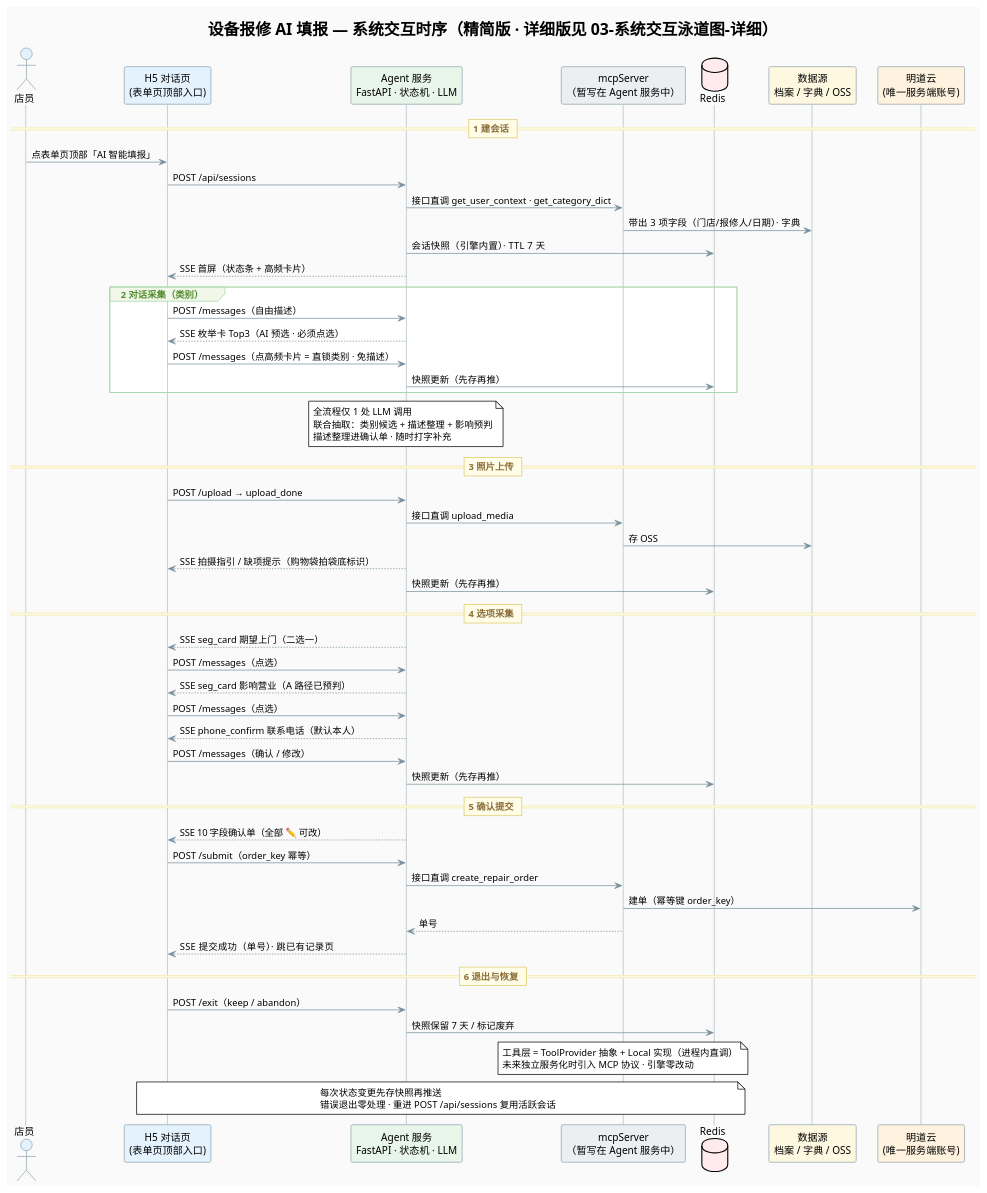
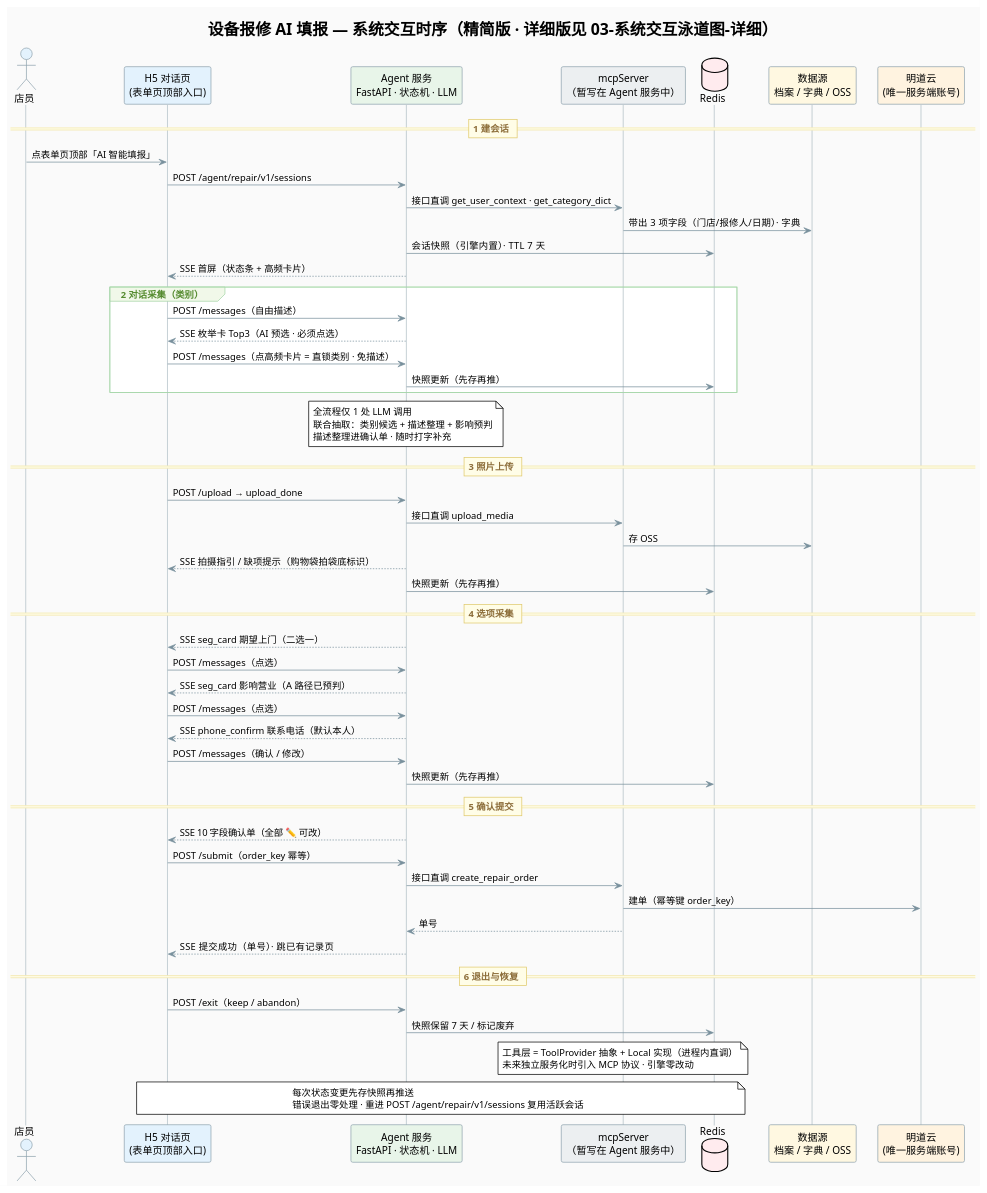
One commit to bai876939716/my_doc changed the diagram in src/main/hotmaxx/需求点/输入优化/design/3/diagrams/03-系统交互泳道图.puml. Above: the diagram before and after it, drawn with PlantUML. The commit also changed 11 other files, not shown here.

```diff
--- a/src/main/hotmaxx/需求点/输入优化/design/3/diagrams/03-系统交互泳道图.puml
+++ b/src/main/hotmaxx/需求点/输入优化/design/3/diagrams/03-系统交互泳道图.puml
@@ -1,87 +1,87 @@
 @startuml 设备报修AI填报-系统交互泳道图
 !theme plain
 skinparam backgroundColor #FAFAFA
 skinparam defaultFontName "PingFang SC,Microsoft YaHei,Arial"
 skinparam sequence {
   ArrowColor #78909C
   LifeLineBorderColor #B0BEC5
   LifeLineBackgroundColor #ECEFF1
   ParticipantBackgroundColor #ECEFF1
   ParticipantBorderColor #90A4AE
   ActorBackgroundColor #E3F2FD
   ActorBorderColor #90A4AE
   GroupBackgroundColor #F1F8E9
   GroupBorderColor #A5D6A7
   GroupHeaderFontColor #558B2F
   BoxBorderColor #B0BEC5
   DividerBackgroundColor #FFFDE7
   DividerBorderColor #E0C96B
   DividerFontColor #8D6E3A
 }
 title 设备报修 AI 填报 — 系统交互时序（精简版 · 详细版见 03-系统交互泳道图-详细）
 
 actor "店员" as U #E3F2FD
 participant "H5 对话页\n(表单页顶部入口)" as H5 #E3F2FD
 participant "Agent 服务\nFastAPI · 状态机 · LLM" as AG #E8F5E9
 participant "mcpServer\n（暂写在 Agent 服务中）" as MCP #ECEFF1
 database "Redis" as RD #FFEBEE
 participant "数据源\n档案 / 字典 / OSS" as SRC #FFF8E1
 participant "明道云\n(唯一服务端账号)" as MDY #FFF3E0
 
 == 1 建会话 ==
 U -> H5 : 点表单页顶部「AI 智能填报」
-H5 -> AG : POST /api/sessions
+H5 -> AG : POST /agent/repair/v1/sessions
 AG -> MCP : 接口直调 get_user_context · get_category_dict
 MCP -> SRC : 带出 3 项字段（门店/报修人/日期）· 字典
 AG -> RD : 会话快照（引擎内置）· TTL 7 天
 AG --> H5 : SSE 首屏（状态条 + 高频卡片）
 
 group 2 对话采集（类别）
   H5 -> AG : POST /messages（自由描述）
   AG --> H5 : SSE 枚举卡 Top3（AI 预选 · 必须点选）
   H5 -> AG : POST /messages（点高频卡片 = 直锁类别 · 免描述）
   AG -> RD : 快照更新（先存再推）
 end
 note over AG
   全流程仅 1 处 LLM 调用
   联合抽取：类别候选 + 描述整理 + 影响预判
   描述整理进确认单 · 随时打字补充
 end note
 
 == 3 照片上传 ==
 H5 -> AG : POST /upload → upload_done
 AG -> MCP : 接口直调 upload_media
 MCP -> SRC : 存 OSS
 AG --> H5 : SSE 拍摄指引 / 缺项提示（购物袋拍袋底标识）
 AG -> RD : 快照更新（先存再推）
 
 == 4 选项采集 ==
 AG --> H5 : SSE seg_card 期望上门（二选一）
 H5 -> AG : POST /messages（点选）
 AG --> H5 : SSE seg_card 影响营业（A 路径已预判）
 H5 -> AG : POST /messages（点选）
 AG --> H5 : SSE phone_confirm 联系电话（默认本人）
 H5 -> AG : POST /messages（确认 / 修改）
 AG -> RD : 快照更新（先存再推）
 
 == 5 确认提交 ==
 AG --> H5 : SSE 10 字段确认单（全部 ✏️ 可改）
 H5 -> AG : POST /submit（order_key 幂等）
 AG -> MCP : 接口直调 create_repair_order
 MCP -> MDY : 建单（幂等键 order_key）
 MCP --> AG : 单号
 AG --> H5 : SSE 提交成功（单号）· 跳已有记录页
 
 == 6 退出与恢复 ==
 H5 -> AG : POST /exit（keep / abandon）
 AG -> RD : 快照保留 7 天 / 标记废弃
 
 note over MCP
   工具层 = ToolProvider 抽象 + Local 实现（进程内直调）
   未来独立服务化时引入 MCP 协议 · 引擎零改动
 end note
 note over H5, RD
   每次状态变更先存快照再推送
-  错误退出零处理 · 重进 POST /api/sessions 复用活跃会话
+  错误退出零处理 · 重进 POST /agent/repair/v1/sessions 复用活跃会话
 end note
 @enduml
```
